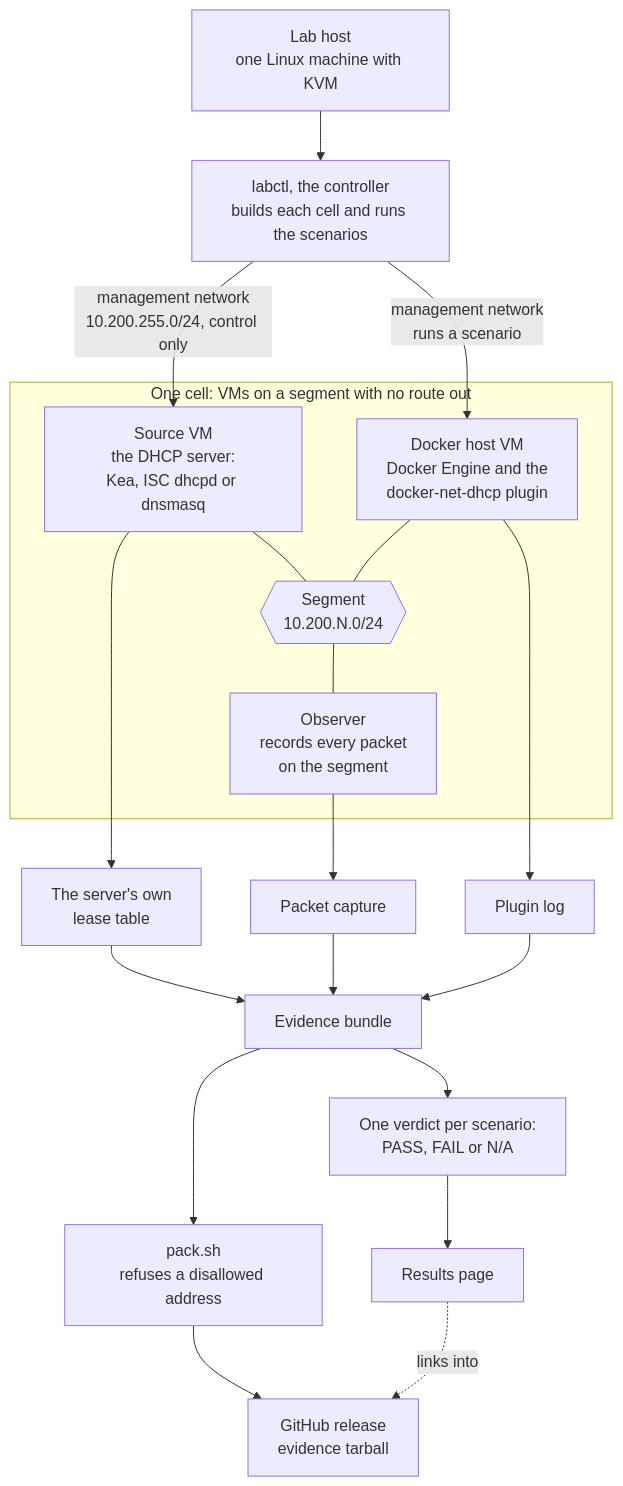
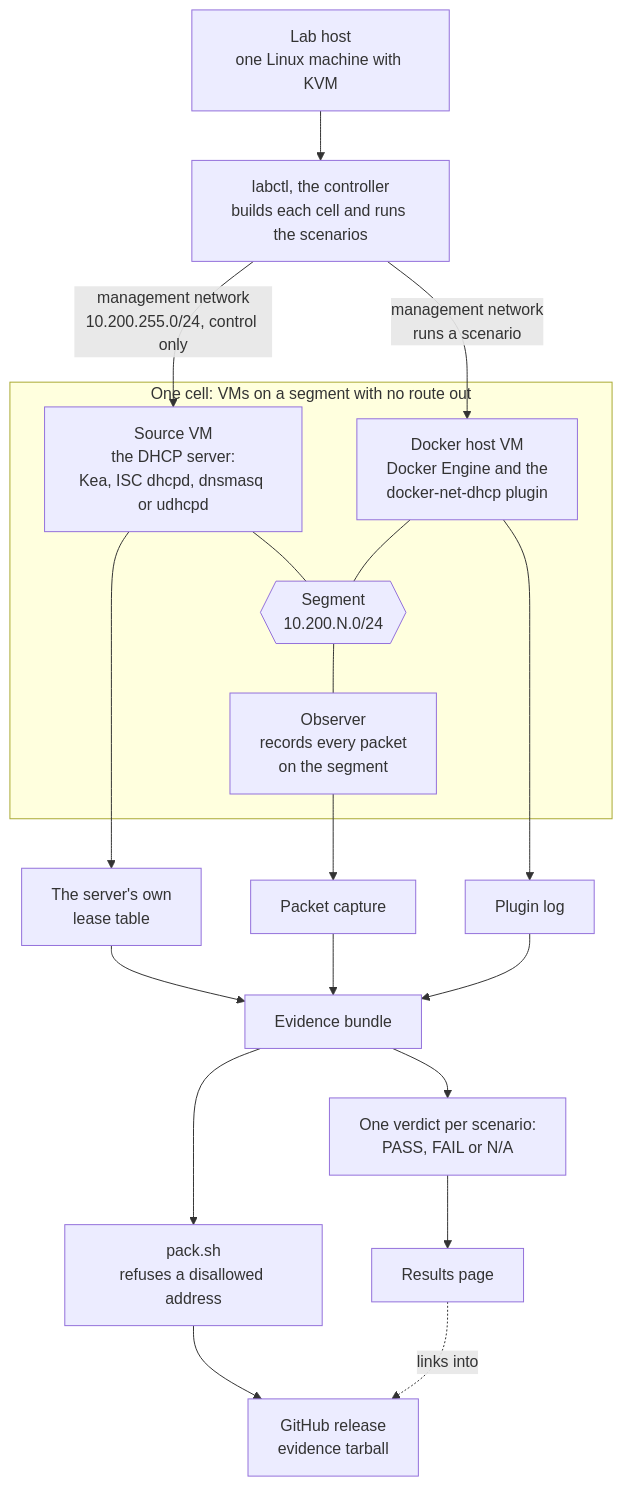
One commit to claymore666/docker-net-dhcp-lab changed the diagram in README.md. Above: the diagram before and after it, drawn with Mermaid. The commit also changed other lines of this file and 10 other files, not shown here.

````diff
--- a/README.md
+++ b/README.md
@@ -16,31 +16,31 @@
 ```mermaid
 flowchart TD
   host["Lab host<br/>one Linux machine with KVM"]
   ctrl["labctl, the controller<br/>builds each cell and runs the scenarios"]
   host --> ctrl
 
   subgraph cell ["One cell: VMs on a segment with no route out"]
-    src["Source VM<br/>the DHCP server:<br/>Kea, ISC dhcpd or dnsmasq"]
+    src["Source VM<br/>the DHCP server:<br/>Kea, ISC dhcpd, dnsmasq or udhcpd"]
     seg{{"Segment<br/>10.200.N.0/24"}}
     dock["Docker host VM<br/>Docker Engine and the<br/>docker-net-dhcp plugin"]
     obs["Observer<br/>records every packet<br/>on the segment"]
     src --- seg
     dock --- seg
     seg --- obs
   end
 
   ctrl -- "management network<br/>10.200.255.0/24, control only" --> src
   ctrl -- "management network<br/>runs a scenario" --> dock
 
   src --> leases["The server's own<br/>lease table"]
   obs --> pcap["Packet capture"]
   dock --> plog["Plugin log"]
   leases --> bundle["Evidence bundle"]
   pcap --> bundle
   plog --> bundle
   bundle --> verdict["One verdict per scenario:<br/>PASS, FAIL or N/A"]
   verdict --> page["Results page"]
   bundle --> pack["pack.sh<br/>refuses a disallowed address"]
   pack --> release["GitHub release<br/>evidence tarball"]
   page -. links into .-> release
 ```
````
